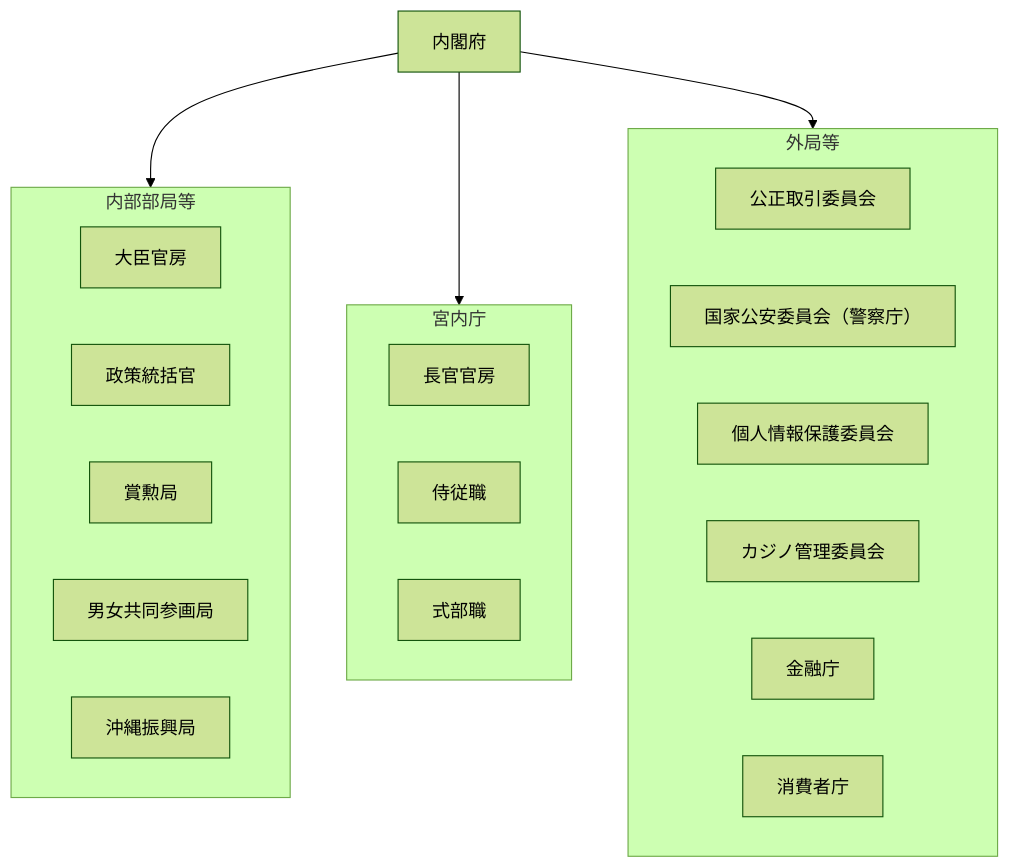
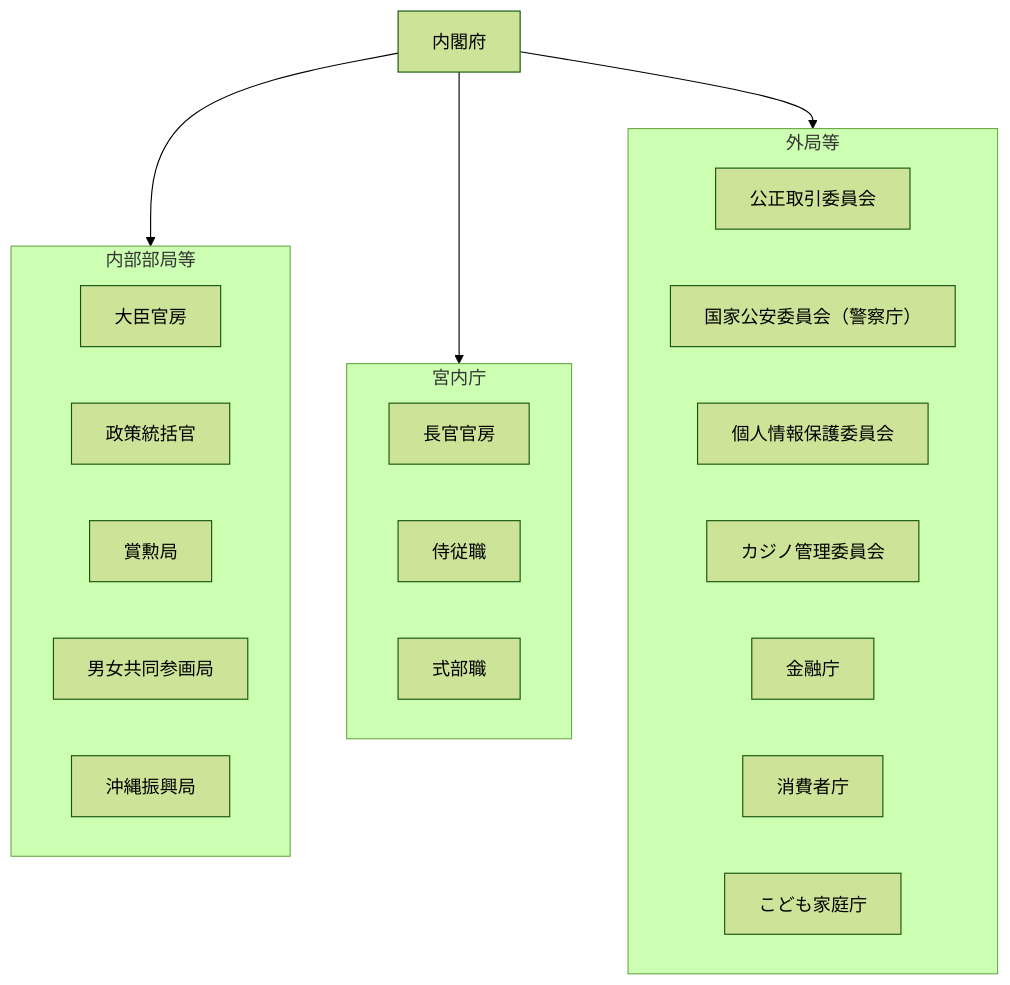
Before and after one commit to tatemaru/jp-admin-org-chart: the diagram in 行政機構/内閣府/README.md, drawn with Mermaid (forest theme). The commit also changed 1 other file, not shown here.

Commit message:
feat(こども家庭庁): 内閣府の外局としてこども家庭庁を設置
根拠: こども家庭庁設置法（令和四年法律第七十五号）
施行: 2023-04-01
出典: https://laws.e-gov.go.jp/law/504AC0000000075

種別: 設置

````diff
--- a/行政機構/内閣府/README.md
+++ b/行政機構/内閣府/README.md
@@ -5,27 +5,28 @@
 ```mermaid
 flowchart TB
   root["内閣府"]
   subgraph g0["内部部局等"]
     n0_0["大臣官房"]
     n0_1["政策統括官"]
     n0_2["賞勲局"]
     n0_3["男女共同参画局"]
     n0_4["沖縄振興局"]
   end
   root --> g0
   subgraph g1["宮内庁"]
     n1_0["長官官房"]
     n1_1["侍従職"]
     n1_2["式部職"]
   end
   root --> g1
   subgraph g2["外局等"]
     n2_0["公正取引委員会"]
     n2_1["国家公安委員会（警察庁）"]
     n2_2["個人情報保護委員会"]
     n2_3["カジノ管理委員会"]
     n2_4["金融庁"]
     n2_5["消費者庁"]
+    n2_6["こども家庭庁"]
   end
   root --> g2
 ```
````
